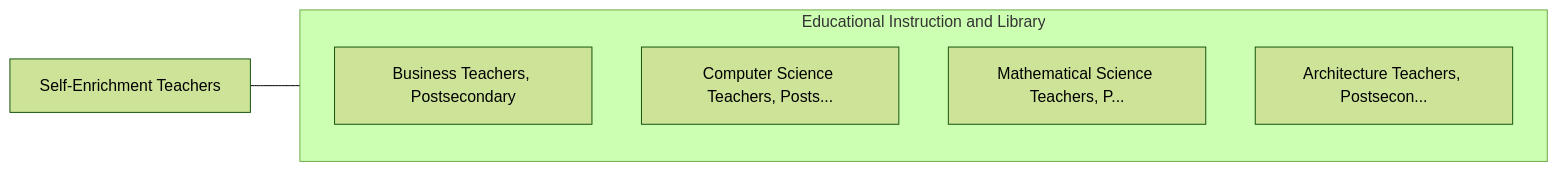
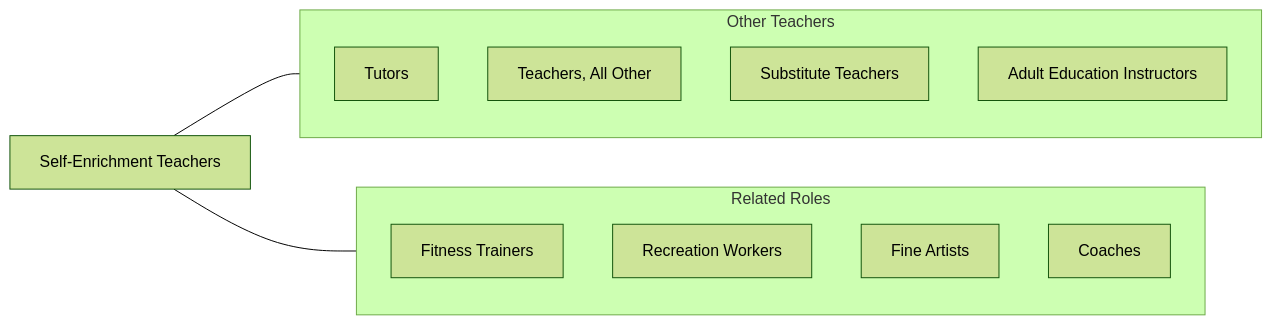
Before and after one commit to kziemski/business.org.ai: the fourth of 4 diagrams in occupations/Education/SelfEnrichmentTeachers.mdx, drawn with Mermaid (forest theme). The commit also changed other lines of this file and 938 other files, not shown here.

````diff
--- a/occupations/Education/SelfEnrichmentTeachers.mdx
+++ b/occupations/Education/SelfEnrichmentTeachers.mdx
@@ -100,13 +168,21 @@
 ```mermaid
 graph LR
     Current["Self-Enrichment Teachers"]
 
-    subgraph SameCategory["Educational Instruction and Library"]
-        BusinessTeachersPost["Business Teachers, Postsecondary"]
-        ComputerScienceTeach["Computer Science Teachers, Posts..."]
-        MathematicalScienceT["Mathematical Science Teachers, P..."]
-        ArchitectureTeachers["Architecture Teachers, Postsecon..."]
+    subgraph SameCategory["Other Teachers"]
+        Tutors["Tutors"]
+        TeachersAll["Teachers, All Other"]
+        Subs["Substitute Teachers"]
+        ABE["Adult Education Instructors"]
+    end
+
+    subgraph CrossFunctional["Related Roles"]
+        FitnessTrainers["Fitness Trainers"]
+        RecWorkers["Recreation Workers"]
+        Artists["Fine Artists"]
+        Coaches["Coaches"]
     end
 
     Current --- SameCategory
+    Current --- CrossFunctional
 ```
````
